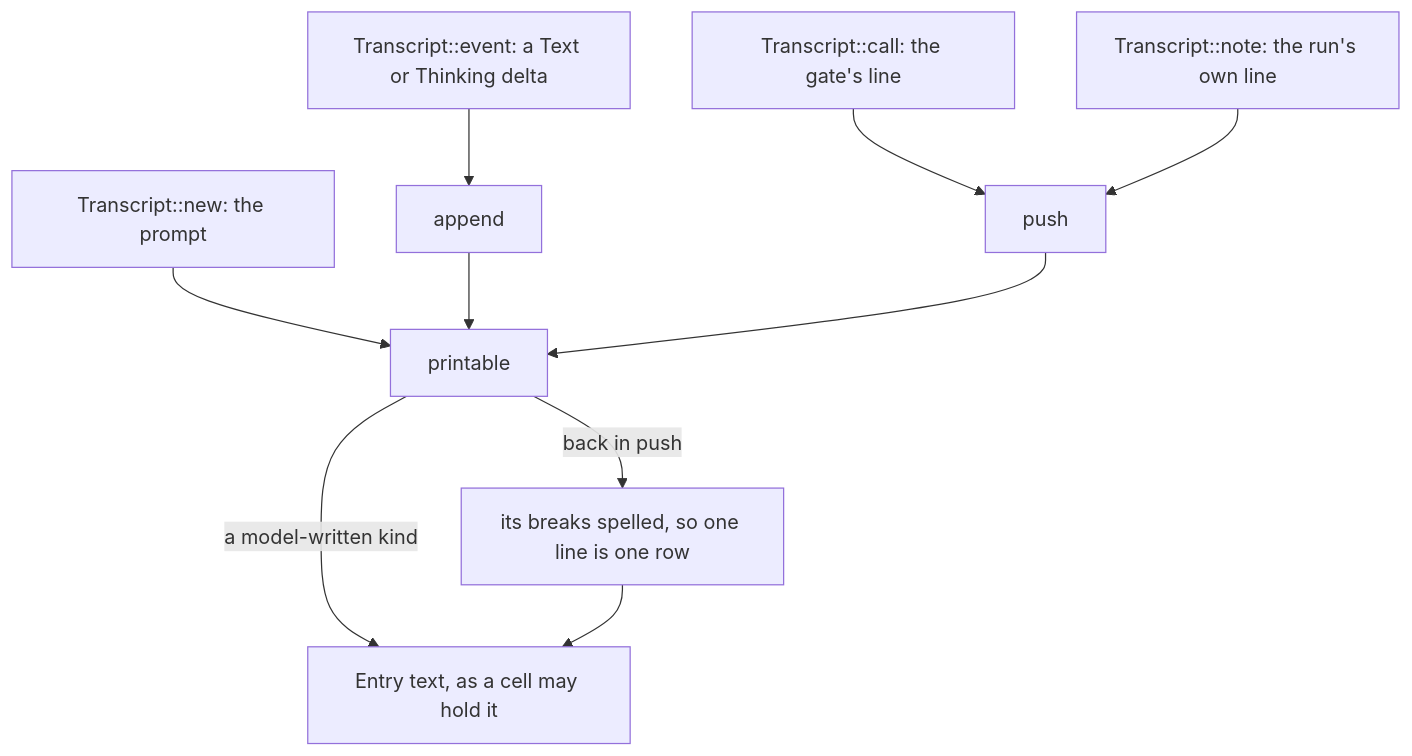
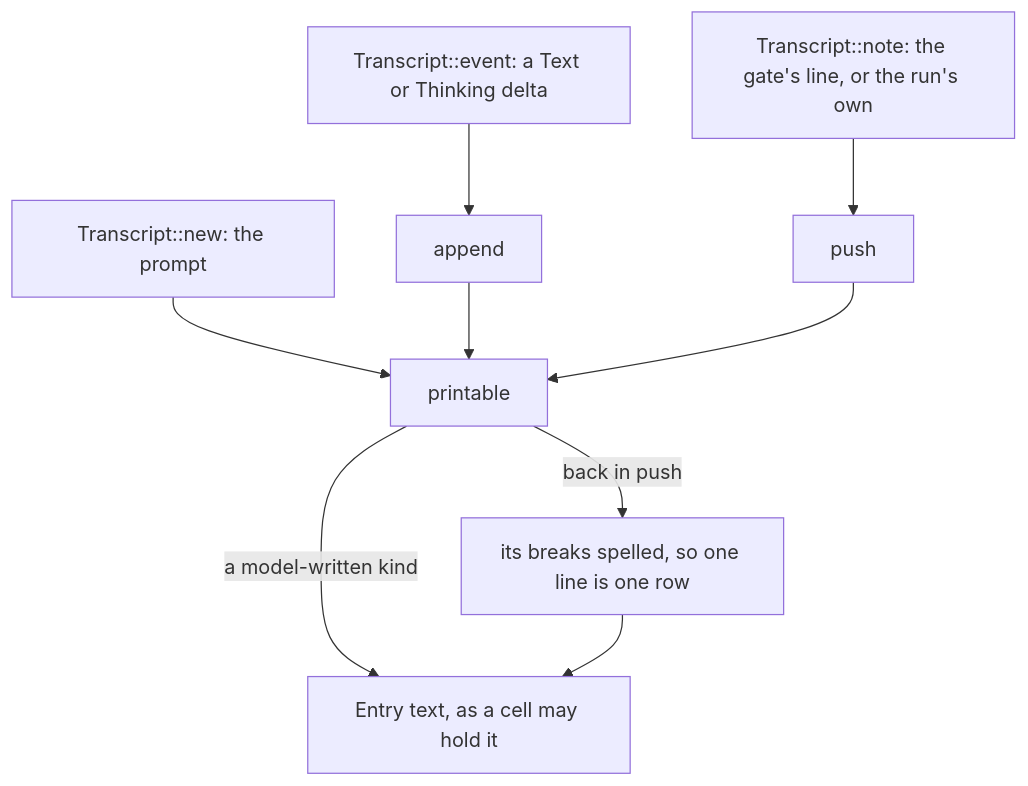
Before and after one commit to danczw/sandbx: the first of 2 diagrams in context/onboarding/23-crate-tui.md, drawn with Mermaid. The commit also changed other lines of this file and 3 other files, not shown here.

````diff
--- a/context/onboarding/23-crate-tui.md
+++ b/context/onboarding/23-crate-tui.md
@@ -192,12 +193,11 @@
 ```mermaid
 flowchart TD
     A["Transcript::new: the prompt"] --> P["printable"]
     B["Transcript::event: a Text or Thinking delta"] --> C["append"]
     C --> P
-    D["Transcript::call: the gate's line"] --> E["push"]
-    F["Transcript::note: the run's own line"] --> E
+    D["Transcript::note: the gate's line, or the run's own"] --> E["push"]
     E --> P
     P -->|"a model-written kind"| G["Entry text, as a cell may hold it"]
     P -->|"back in push"| H["its breaks spelled, so one line is one row"]
     H --> G
 ```
````
